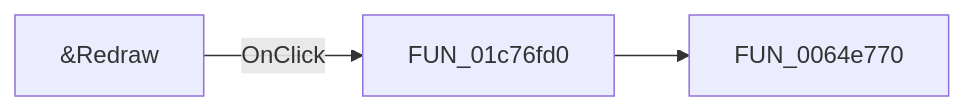
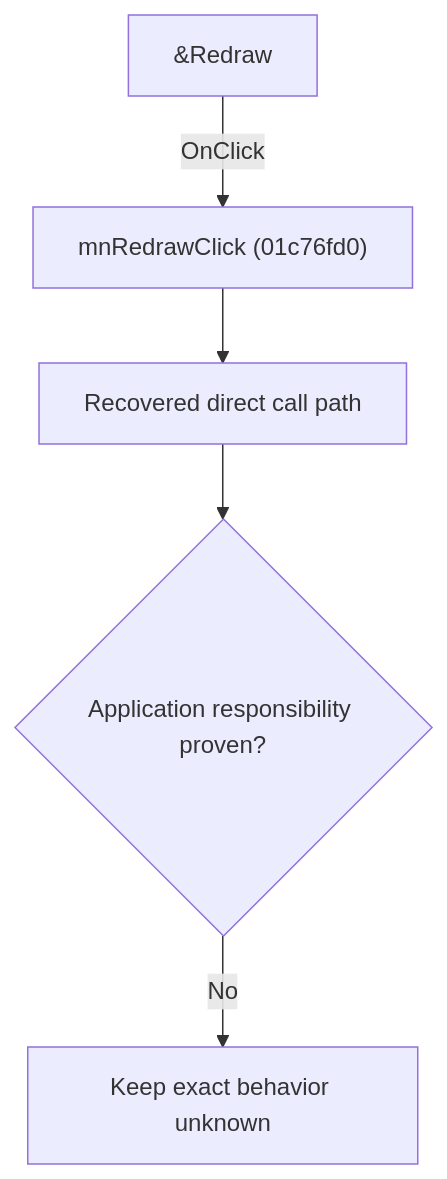
Before and after one commit to MovGP0/TIARA: the diagram in docs/ui-controls/schematiceditor/mnredraw-68eb6f9122.md, drawn with Mermaid. The commit also changed other lines of this file and 1062 other files, not shown here.

````diff
--- a/docs/ui-controls/schematiceditor/mnredraw-68eb6f9122.md
+++ b/docs/ui-controls/schematiceditor/mnredraw-68eb6f9122.md
@@ -27,5 +27,7 @@
 ```mermaid
-flowchart LR
-    control["&Redraw"] -->|OnClick| handler["FUN_01c76fd0"]
-    handler --> call1["FUN_0064e770"]
+flowchart TD
+    control["&Redraw"] -->|"OnClick"| handler["mnRedrawClick (01c76fd0)"]
+    handler --> recovered["Recovered direct call path"]
+    recovered --> gap{"Application responsibility proven?"}
+    gap -->|"No"| blocked["Keep exact behavior unknown"]
 ```
````
